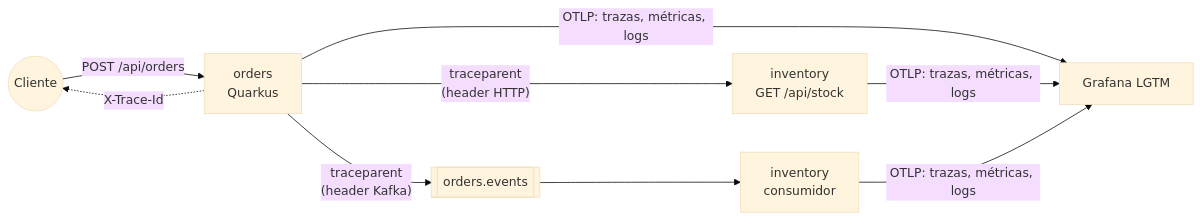
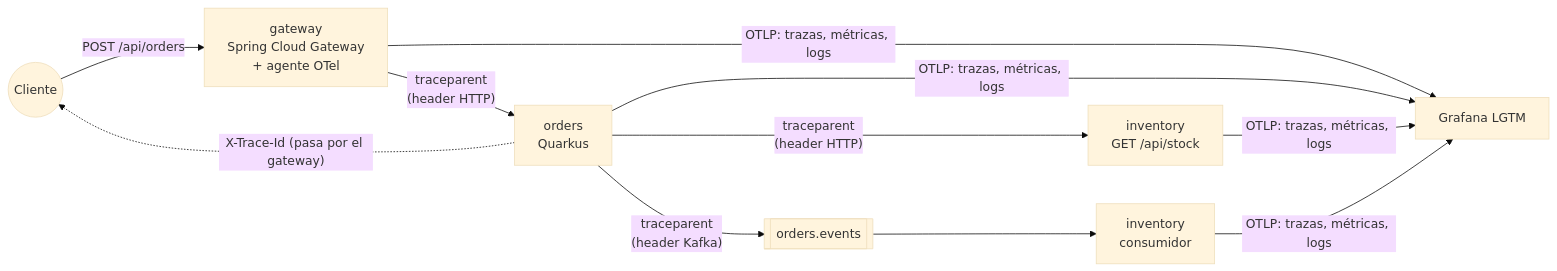
The diagram in labs/10-observabilidad/README.md (DxrosNgu/guia-patrones-arquitectura), drawn with Mermaid (base theme) before and after one commit. The commit also changed other lines of this file and 14 other files, not shown here.

First line of the commit message:
Lab 10: la traza empieza en el gateway (Spring Cloud Gateway + agente OTel)

````diff
--- a/labs/10-observabilidad/README.md
+++ b/labs/10-observabilidad/README.md
@@ -44,9 +44,10 @@
 ```mermaid
 flowchart LR
-    C(("Cliente")) -->|"POST /api/orders"| O["orders<br/>Quarkus"]
+    C(("Cliente")) -->|"POST /api/orders"| G["gateway<br/>Spring Cloud Gateway<br/>+ agente OTel"]
+    G -->|"traceparent<br/>(header HTTP)"| O["orders<br/>Quarkus"]
     O -->|"traceparent<br/>(header HTTP)"| I1["inventory<br/>GET /api/stock"]
     O -->|"traceparent<br/>(header Kafka)"| K[["orders.events"]]
     K --> I2["inventory<br/>consumidor"]
-    O & I1 & I2 -->|"OTLP: trazas, métricas, logs"| L["Grafana LGTM"]
-    O -.->|"X-Trace-Id"| C
+    G & O & I1 & I2 -->|"OTLP: trazas, métricas, logs"| L["Grafana LGTM"]
+    O -.->|"X-Trace-Id (pasa por el gateway)"| C
 ```
````
